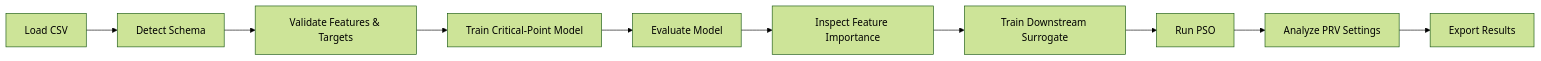
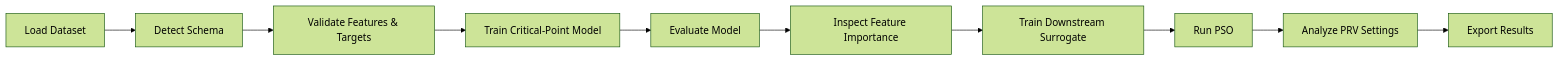
One commit to mahmmooudian/water-network-ai-analyzer changed the second of 9 diagrams in README.md. Above: the diagram before and after it, drawn with Mermaid (forest theme). The commit also changed other lines of this file, not shown here.

````diff
--- a/README.md
+++ b/README.md
@@ -129,12 +135,12 @@
 ```mermaid
 flowchart LR
-    A[Load CSV] --> B[Detect Schema]
+    A[Load Dataset] --> B[Detect Schema]
     B --> C[Validate Features & Targets]
     C --> D[Train Critical-Point Model]
     D --> E[Evaluate Model]
     E --> F[Inspect Feature Importance]
     F --> G[Train Downstream Surrogate]
     G --> H[Run PSO]
     H --> I[Analyze PRV Settings]
     I --> J[Export Results]
 ```
````
